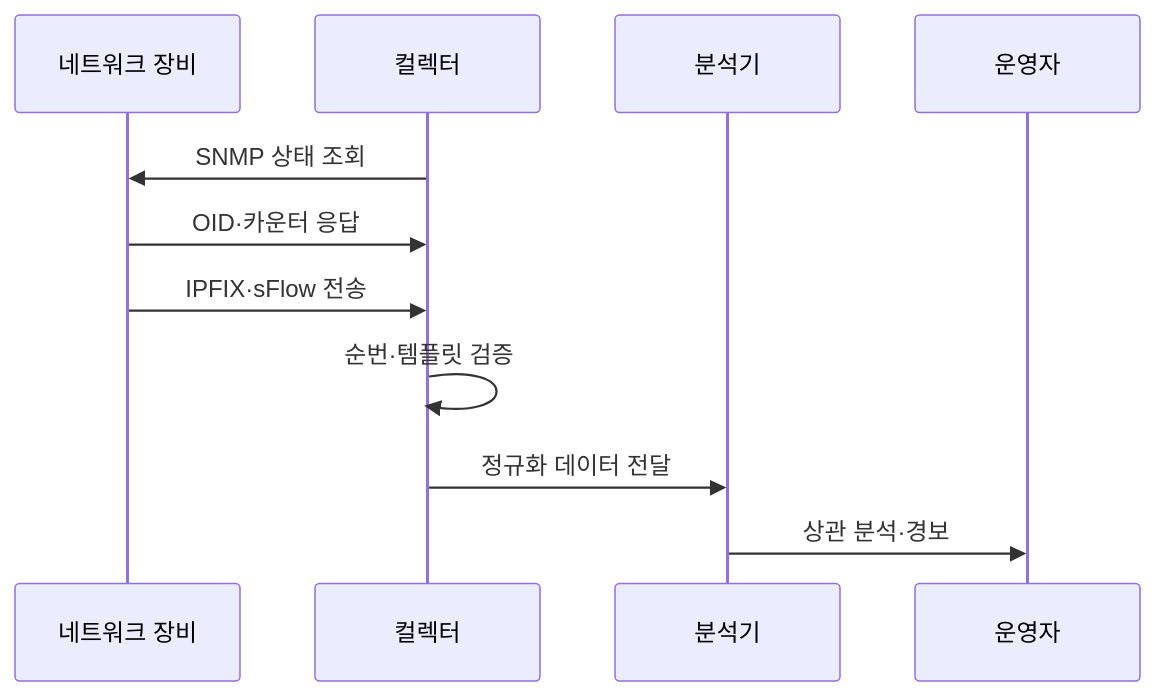
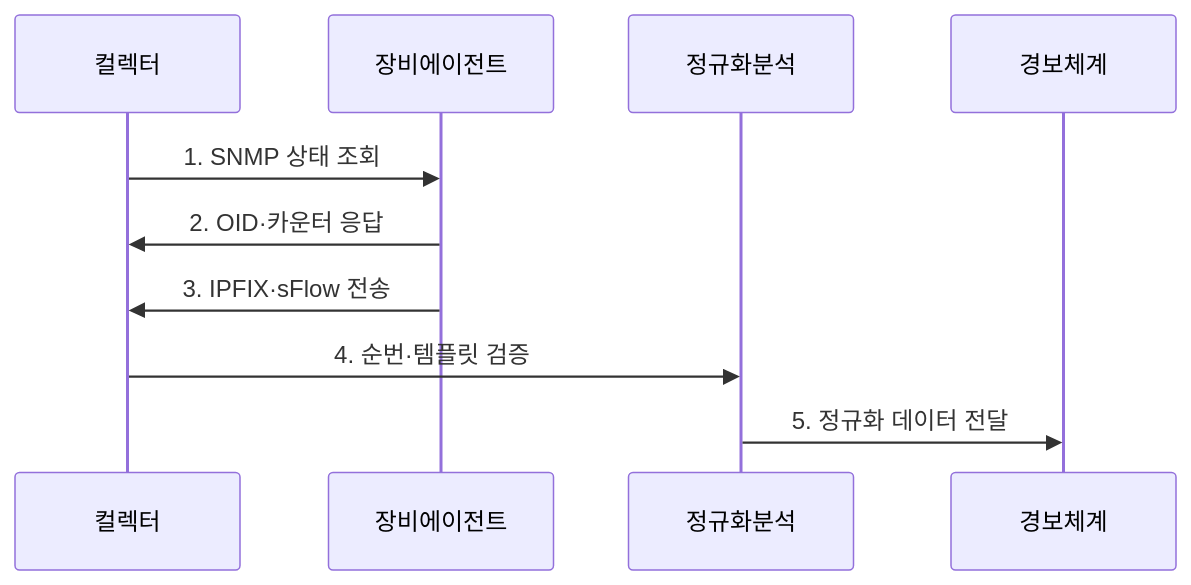
The second of 2 diagrams in src/content/docs/notes/04-network/074_network_monitoring_snmp_netflow.md (agnusdei1207/knowledge-base), drawn with Mermaid before and after one commit. The commit also changed other lines of this file and 20 other files, not shown here.

````diff
--- a/src/content/docs/notes/04-network/074_network_monitoring_snmp_netflow.md
+++ b/src/content/docs/notes/04-network/074_network_monitoring_snmp_netflow.md
@@ -81,13 +80,12 @@
 ```mermaid
 sequenceDiagram
-    participant D as 네트워크 장비
-    participant C as 컬렉터
-    participant A as 분석기
-    participant O as 운영자
-    C->>D: SNMP 상태 조회
-    D->>C: OID·카운터 응답
-    D->>C: IPFIX·sFlow 전송
-    C->>C: 순번·템플릿 검증
-    C->>A: 정규화 데이터 전달
-    A->>O: 상관 분석·경보
+    participant 컬렉터
+    participant 장비에이전트
+    participant 정규화분석
+    participant 경보체계
+    컬렉터->>장비에이전트: 1. SNMP 상태 조회
+    장비에이전트->>컬렉터: 2. OID·카운터 응답
+    장비에이전트->>컬렉터: 3. IPFIX·sFlow 전송
+    컬렉터->>정규화분석: 4. 순번·템플릿 검증
+    정규화분석->>경보체계: 5. 정규화 데이터 전달
 ```
````
